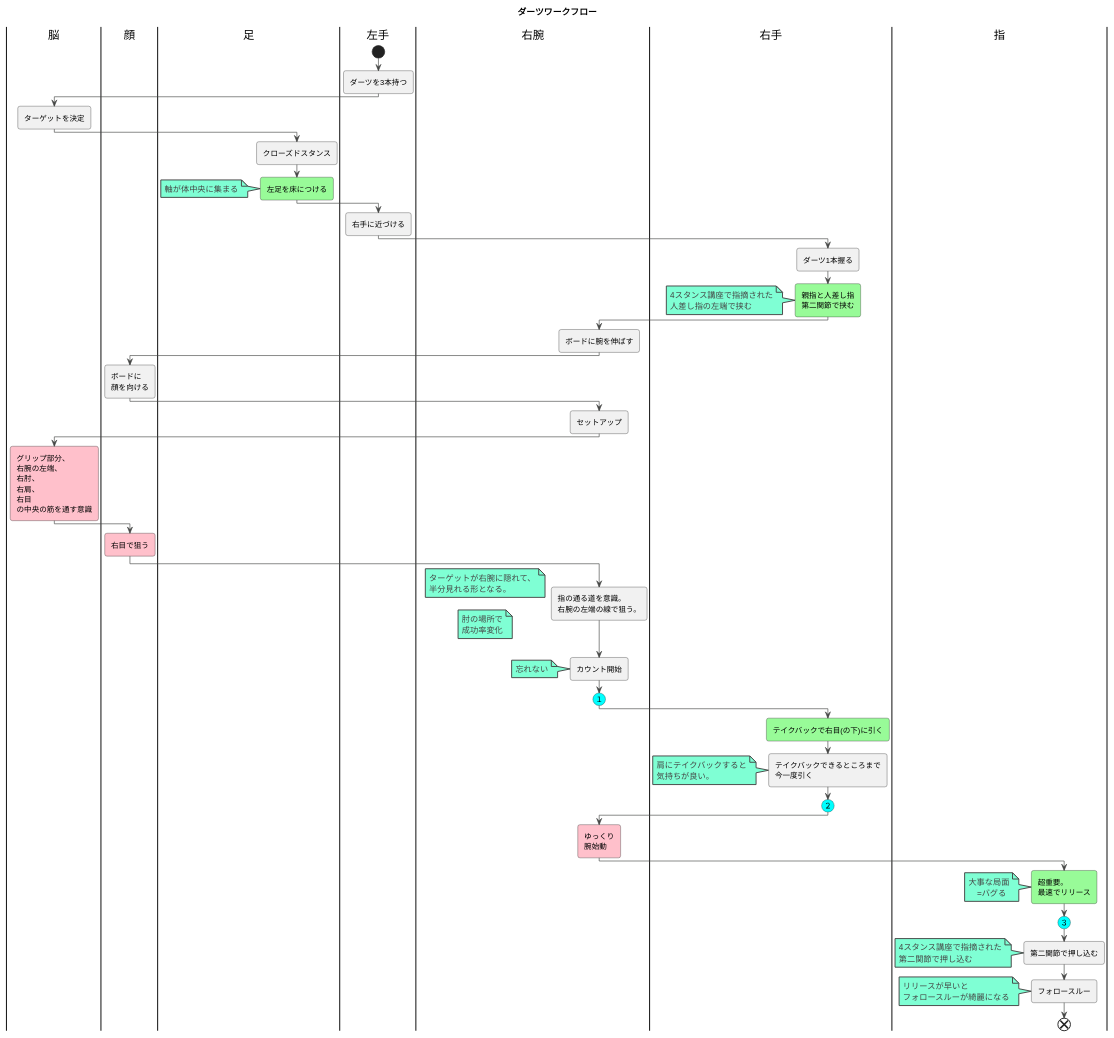
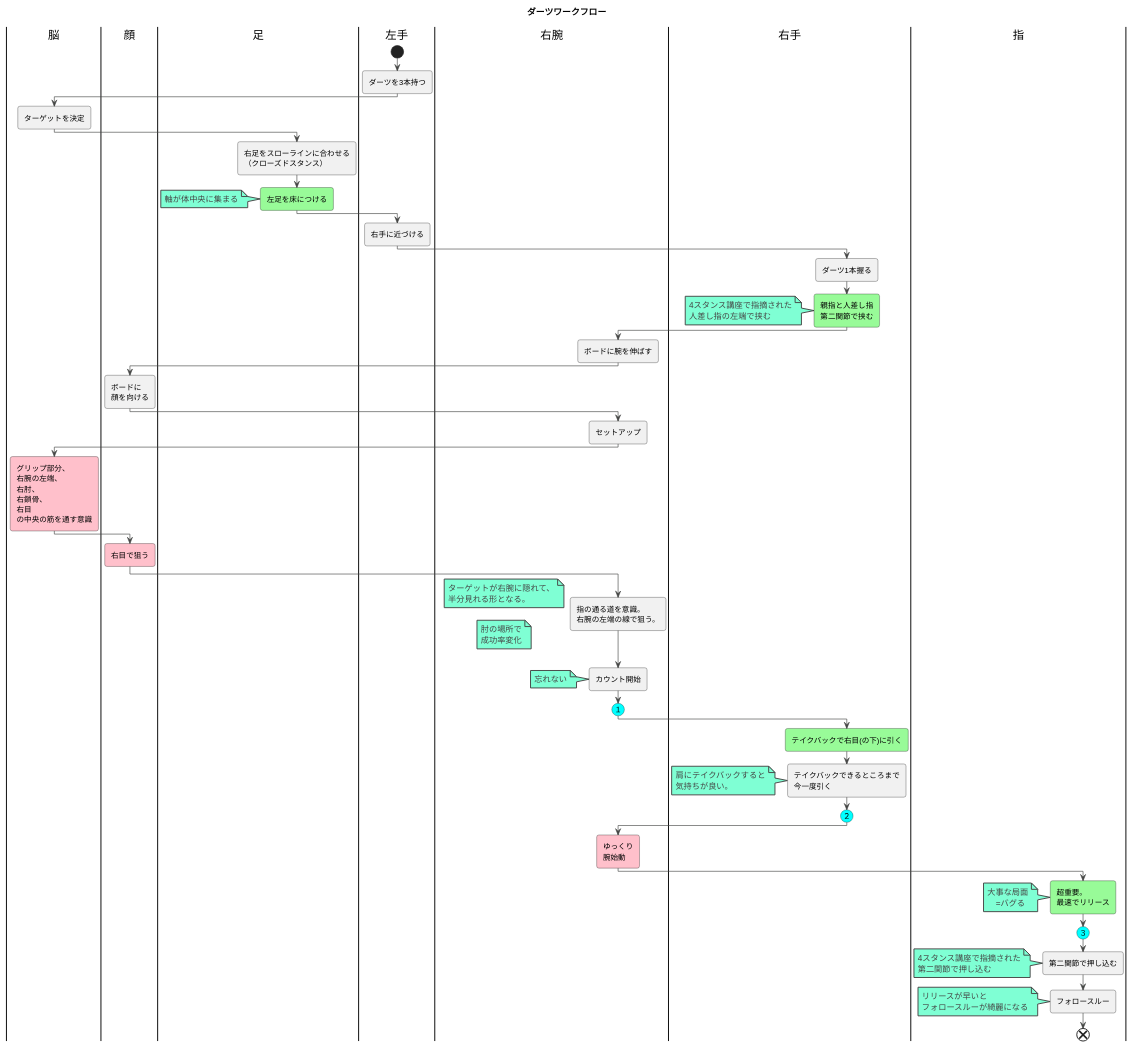
The diagram in dartsFlow.plantuml (darts-cloud/dartsFlow), drawn with PlantUML before and after one commit.

```diff
--- a/dartsFlow.plantuml
+++ b/dartsFlow.plantuml
@@ -1,135 +1,136 @@
 @startuml
 title ダーツワークフロー
 
 
 
 !theme vibrant
 
 |脳|
 |顔|
 |足|
 |左手|
 |右腕|
 |左手|
 start
 :ダーツを3本持つ;
 |脳|
 :ターゲットを決定;
 |足|
-:クローズドスタンス;
+:右足をスローラインに合わせる
+（クローズドスタンス）;
 #palegreen:左足を床につける;
 note
   軸が体中央に集まる
 end note
 /'
 ################
 ##pink:左足を右足よりも
 #後ろに下げる;
 ################
 '/
 
 |左手|
 :右手に近づける;
 |右手|
 :ダーツ1本握る;
 #palegreen:親指と人差し指
 第二関節で挟む;
 note
   4スタンス講座で指摘された
   人差し指の左端で挟む
 end note
 
 |右腕|
 :ボードに腕を伸ばす;
 
 |顔|
 :ボードに
 顔を向ける;
 |右腕|
 :セットアップ;
 |脳|
 #pink:グリップ部分、
 右腕の左端、
 右肘、
-右肩、
+右鎖骨、
 右目
 の中央の筋を通す意識;
 |顔|
 #pink:右目で狙う;
 |右腕|
 :指の通る道を意識。
 右腕の左端の線で狙う。;
 note
 ターゲットが右腕に隠れて、
 半分見れる形となる。
 end note
 
 note
 肘の場所で
 成功率変化
 end note
 
 |右腕|
 :カウント開始;
 
 note
     忘れない
 end note
 
 
 #Aqua:(１)
 
 |右手|
 
 #palegreen:テイクバックで右目(の下)に引く;
 
 :テイクバックできるところまで
 今一度引く;
 
 note
     肩にテイクバックすると
     気持ちが良い。
 end note
 
 #Aqua:(２)
 
 /'
 #pink:肘固定意識;
 note
     固定が甘い
     →飛ばない
 end note
 #pink:肘の裏側意識;
 note
     指の道が
     肘の左側
 end note
 '/
 
 |右腕|
 #pink:ゆっくり
 腕始動;
 |指|
 #palegreen:超重要。
 最速でリリース;
 note
     大事な局面
         =バグる 
 end note
 
 #Aqua:(３)
 
 :第二関節で押し込む;
 note
   4スタンス講座で指摘された
   第二関節で押し込む
 end note
 
 :フォロースルー;
 note
   リリースが早いと
   フォロースルーが綺麗になる
 end note
 
 end
 @enduml
```
